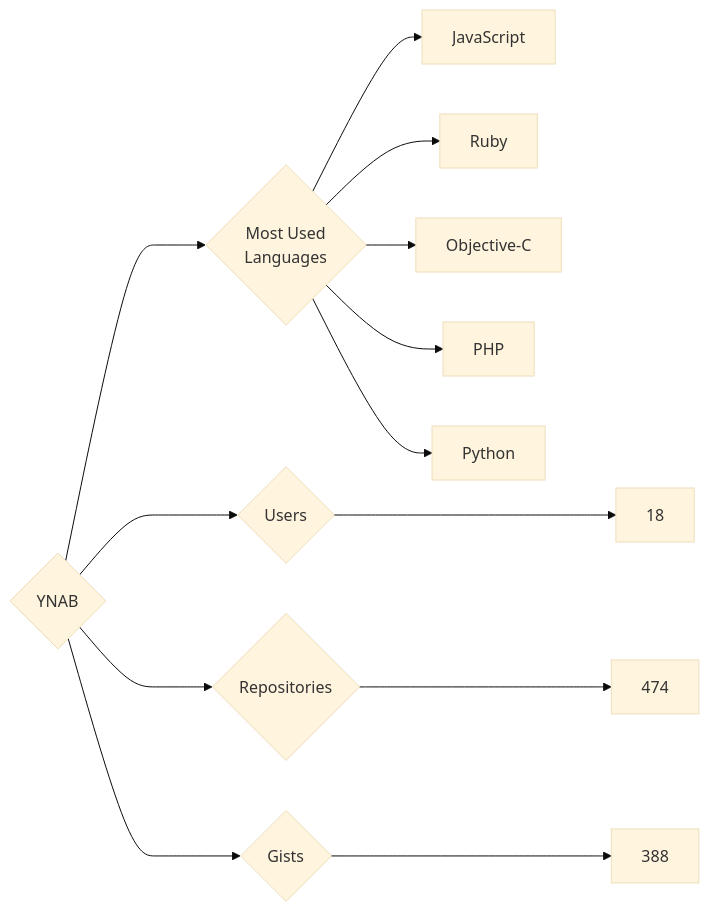
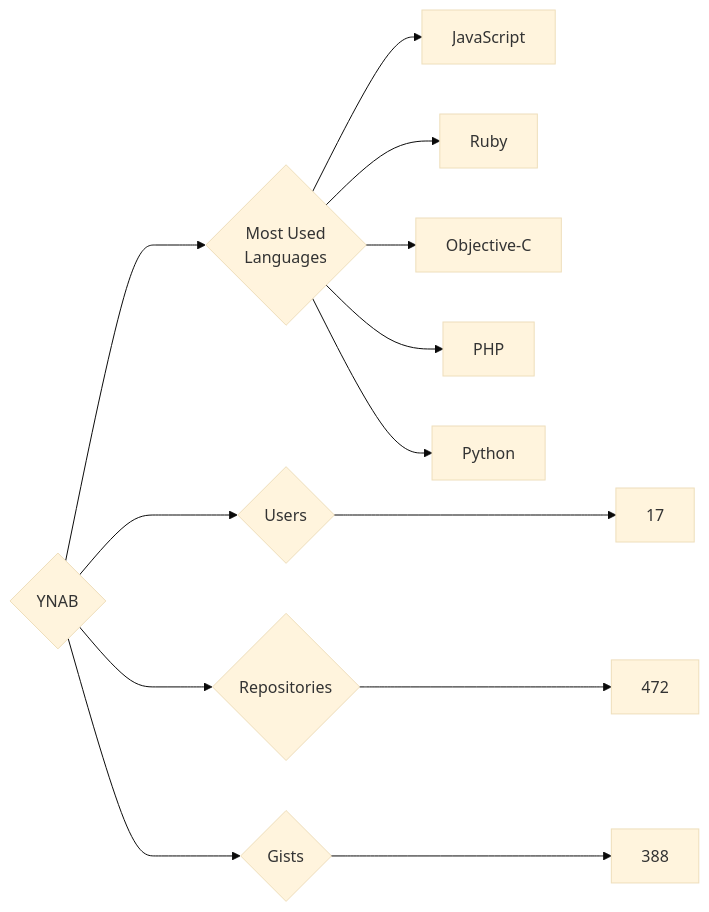
The diagram in targets/YNAB/README.md (trickest/insiders), drawn with Mermaid (base theme) before and after one commit. The commit also changed 972 other files, not shown here.

````diff
--- a/targets/YNAB/README.md
+++ b/targets/YNAB/README.md
@@ -3,13 +3,13 @@
 ```mermaid
 graph LR
 COMPANY_NAME{YNAB}
-COMPANY_NAME ---> U{Users} ---> UN[18]
-COMPANY_NAME ---> R{Repositories} ---> RN[474]
+COMPANY_NAME ---> U{Users} ---> UN[17]
+COMPANY_NAME ---> R{Repositories} ---> RN[472]
 COMPANY_NAME ---> G{Gists} ---> GN[388]
 COMPANY_NAME ---> ML{Most Used<br>Languages}
 ML --> JavaScript[JavaScript]
 ML --> Ruby[Ruby]
 ML --> Objective-C[Objective-C]
 ML --> PHP[PHP]
 ML --> Python[Python]
 ```
````
